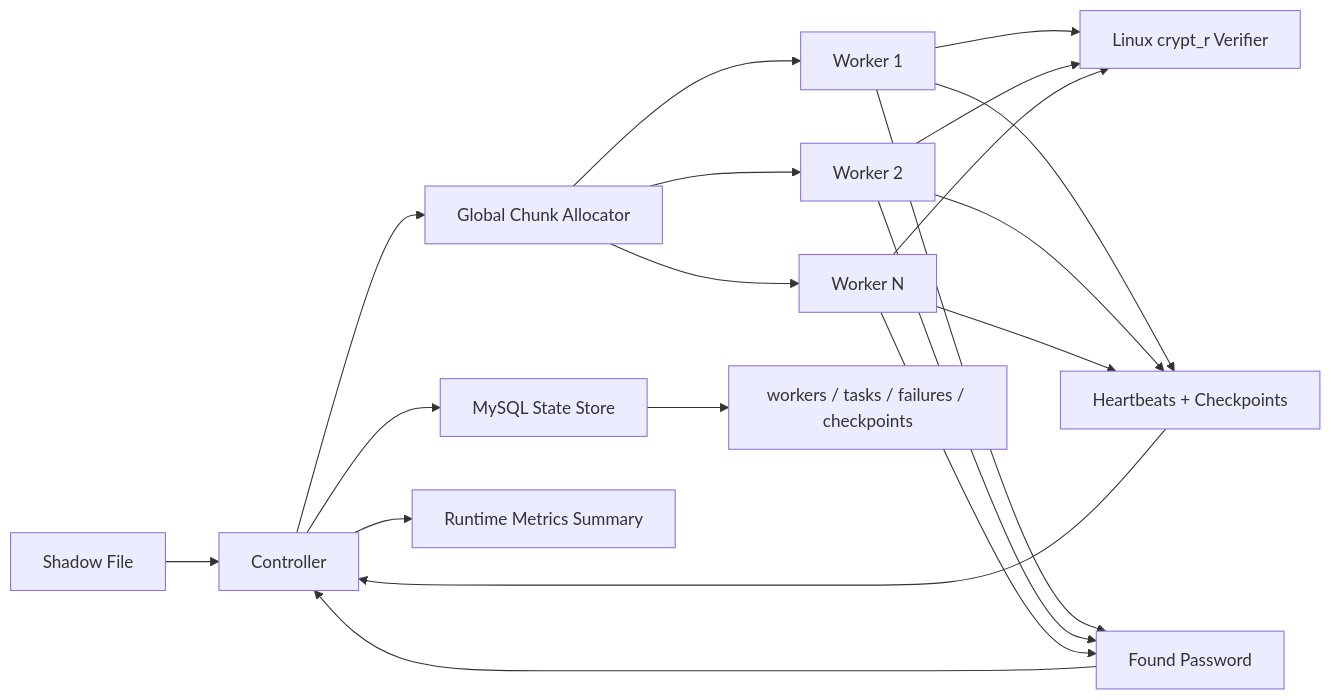
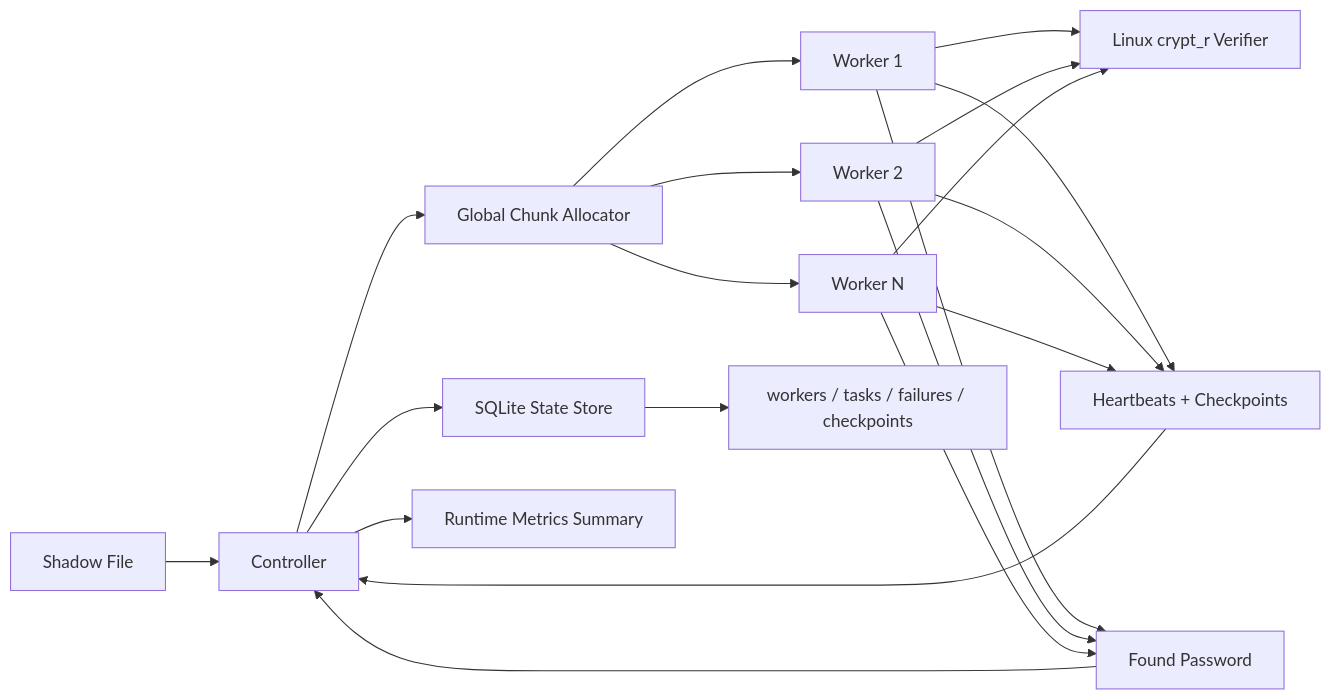
One commit to aryanjand/Unix-Password-Cracker changed the first of 2 diagrams in README.md. Above: the diagram before and after it, drawn with Mermaid. The commit also changed other lines of this file, not shown here.

````diff
--- a/README.md
+++ b/README.md
@@ -24,27 +24,27 @@
 ```mermaid
 flowchart LR
     S["Shadow File"] --> C["Controller"]
     C --> A["Global Chunk Allocator"]
     A --> W1["Worker 1"]
     A --> W2["Worker 2"]
     A --> WN["Worker N"]
 
     W1 --> V["Linux crypt_r Verifier"]
     W2 --> V
     WN --> V
 
     W1 --> H["Heartbeats + Checkpoints"]
     W2 --> H
     WN --> H
     H --> C
 
-    C --> D["MySQL State Store"]
+    C --> D["SQLite State Store"]
     D --> T["workers / tasks / failures / checkpoints"]
 
     W1 --> R["Found Password"]
     W2 --> R
     WN --> R
     R --> C
 
     C --> M["Runtime Metrics Summary"]
 ```
````
